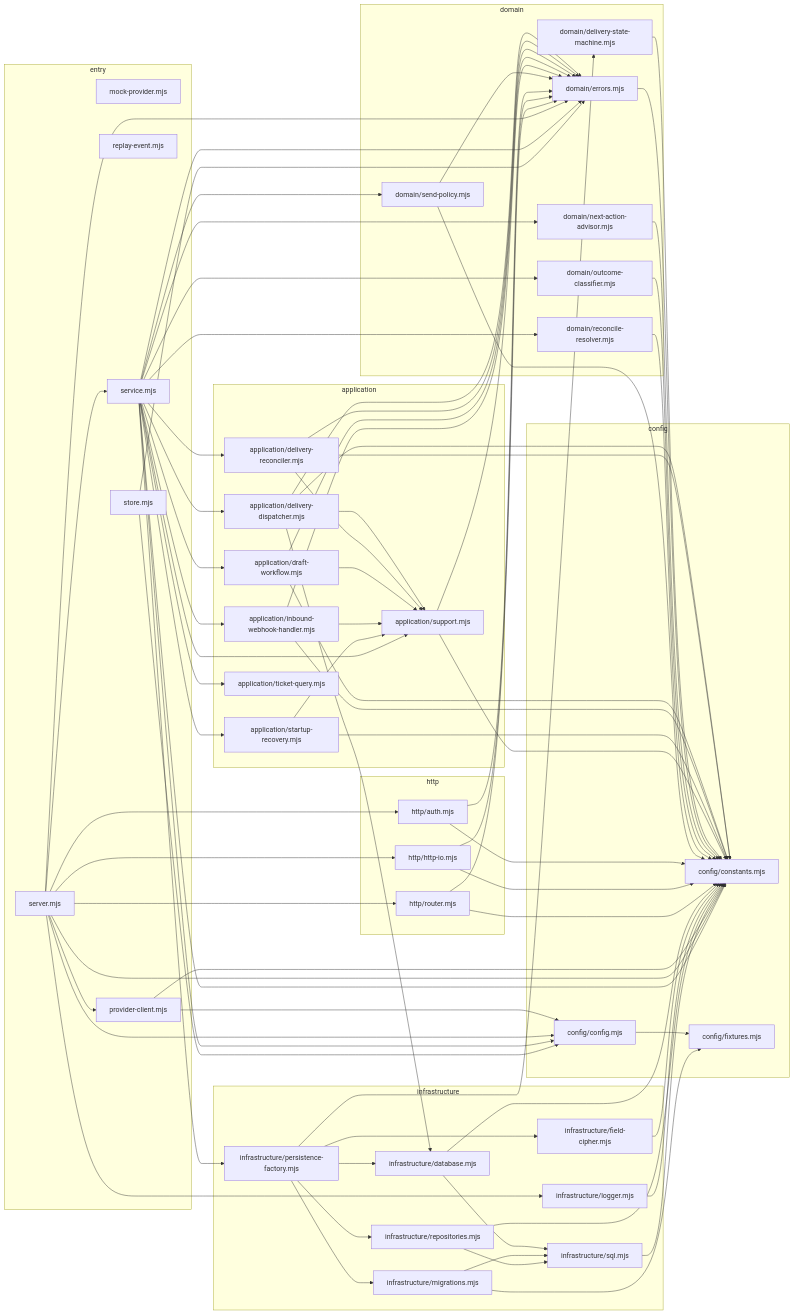
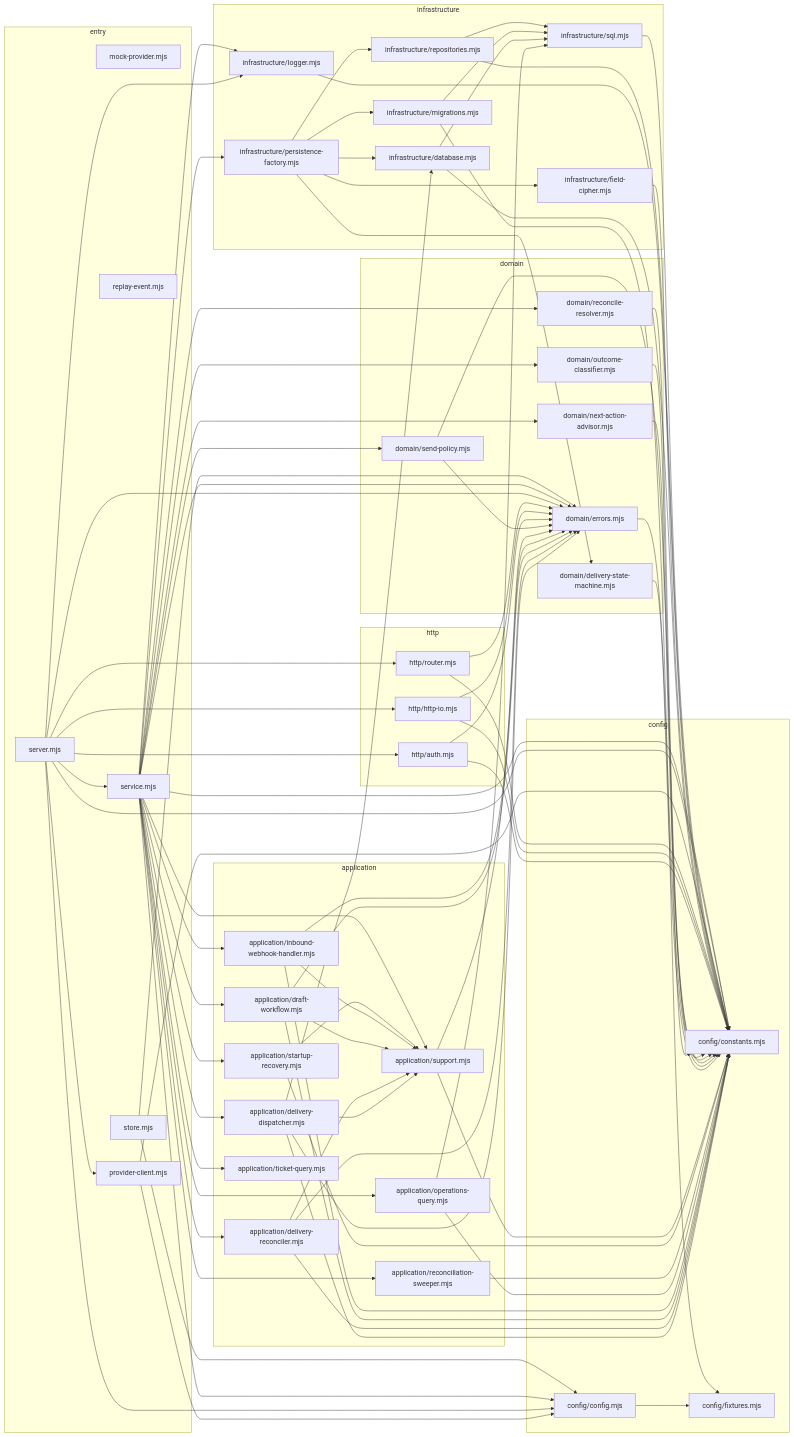
Before and after one commit to 3xor18/JustInsurance: the diagram in docs/graphs/module-graph.md, drawn with Mermaid. The commit also changed other lines of this file and 27 other files, not shown here.

```diff
--- a/docs/graphs/module-graph.md
+++ b/docs/graphs/module-graph.md
@@ -31,6 +31,8 @@
     application_delivery_reconciler_mjs["application/delivery-reconciler.mjs"]
     application_draft_workflow_mjs["application/draft-workflow.mjs"]
     application_inbound_webhook_handler_mjs["application/inbound-webhook-handler.mjs"]
+    application_operations_query_mjs["application/operations-query.mjs"]
+    application_reconciliation_sweeper_mjs["application/reconciliation-sweeper.mjs"]
     application_startup_recovery_mjs["application/startup-recovery.mjs"]
     application_support_mjs["application/support.mjs"]
     application_ticket_query_mjs["application/ticket-query.mjs"]
@@ -61,6 +63,9 @@
   application_inbound_webhook_handler_mjs --> config_constants_mjs
   application_inbound_webhook_handler_mjs --> domain_errors_mjs
   application_inbound_webhook_handler_mjs --> application_support_mjs
+  application_operations_query_mjs --> config_constants_mjs
+  application_operations_query_mjs --> infrastructure_sql_mjs
+  application_reconciliation_sweeper_mjs --> config_constants_mjs
   application_startup_recovery_mjs --> config_constants_mjs
   application_startup_recovery_mjs --> application_support_mjs
   application_support_mjs --> config_constants_mjs
@@ -118,6 +123,9 @@
   service_mjs --> application_startup_recovery_mjs
   service_mjs --> application_support_mjs
   service_mjs --> application_ticket_query_mjs
+  service_mjs --> application_operations_query_mjs
+  service_mjs --> application_reconciliation_sweeper_mjs
+  service_mjs --> infrastructure_logger_mjs
   service_mjs --> domain_errors_mjs
   store_mjs --> config_config_mjs
   store_mjs --> domain_errors_mjs
```
